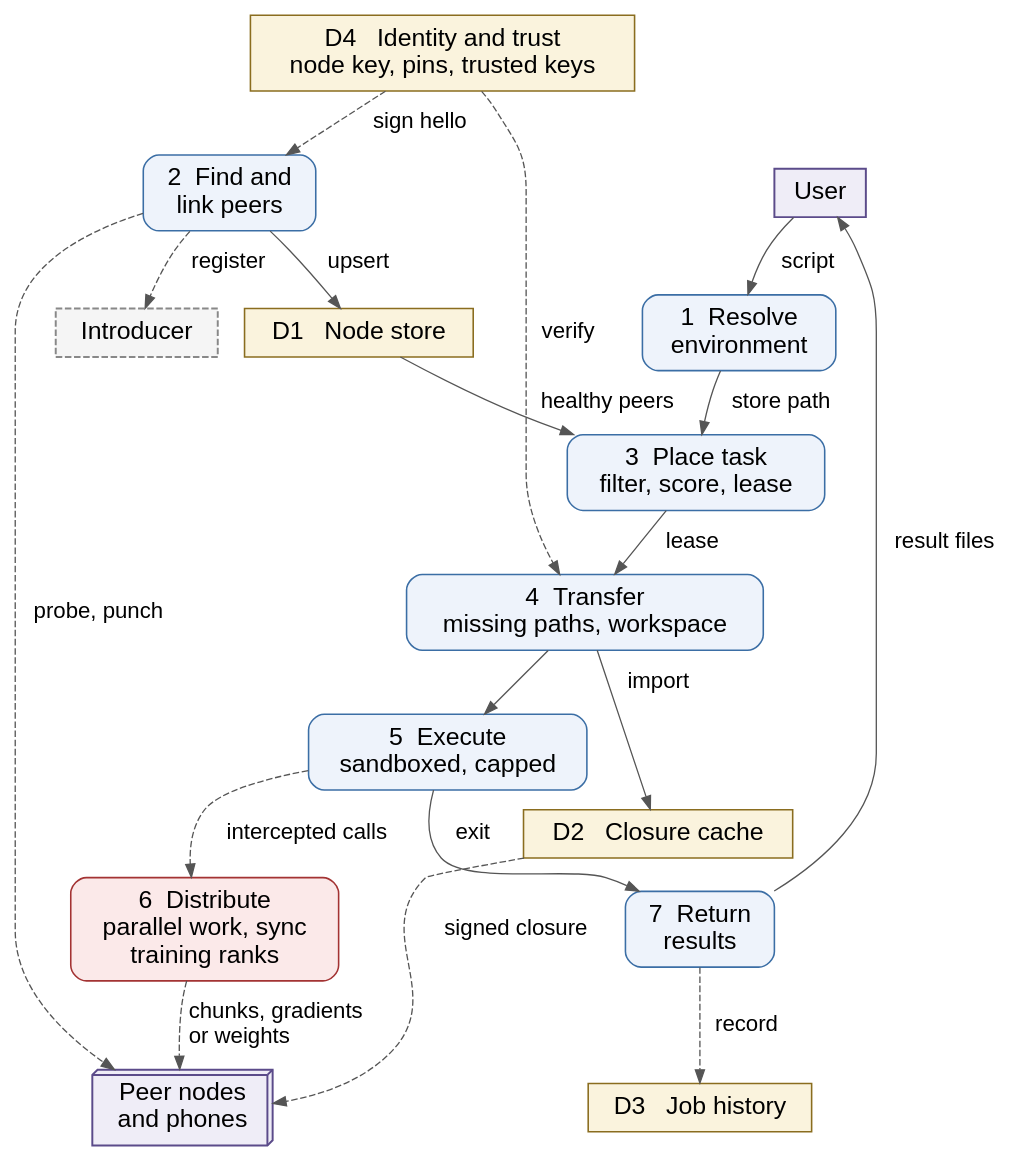
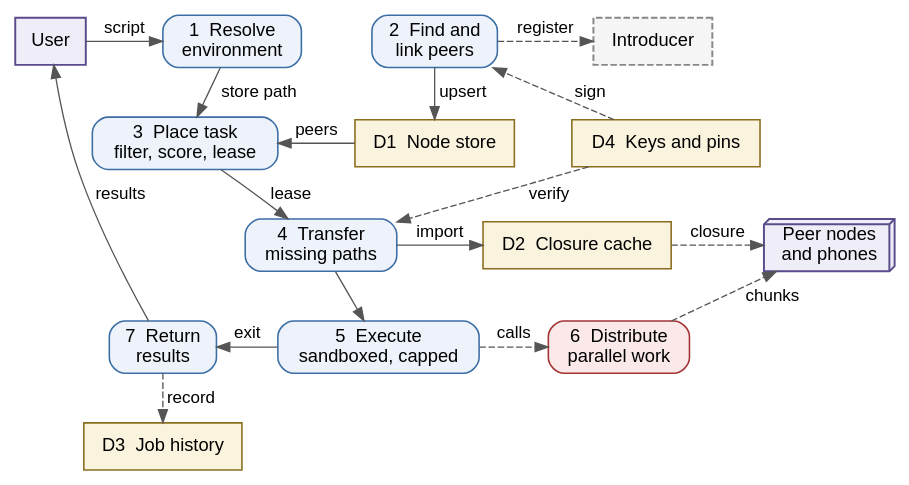
Before and after one commit to vinayakyadav2709/Pipedpeer: the diagram in docs/diagrams/src/fig_3.3_dfd_level1.dot, drawn with Graphviz. The commit also changed 49 other files, not shown here.

```diff
--- a/docs/diagrams/src/fig_3.3_dfd_level1.dot
+++ b/docs/diagrams/src/fig_3.3_dfd_level1.dot
@@ -1,49 +1,49 @@
-// Figure 3.3 - Level 1 DFD (decomposition of the daemon).
-// Process 6 is placed before 7 so the numbering matches the reading order, and
-// the peer-facing edges leave from the right so none has to double back.
+// Figure 3.3 - Level 1 DFD: seven processes over four data stores.
+// Laid out as a grid (newrank + rank=same rows) so the text prints at 8 pt or
+// more at text width.
 digraph DFD1 {
-  rankdir=TB; bgcolor="white"; nodesep=0.28; ranksep=0.42;
-  node [fontname="Helvetica", fontsize=19, shape=box, style="rounded,filled",
-        fillcolor="#eef3fb", color="#3b6ea5", penwidth=1.2, margin="0.18,0.11"];
-  edge [fontname="Helvetica", fontsize=17, color="#555555"];
+  rankdir=TB; newrank=true; bgcolor="white"; nodesep=0.30; ranksep=0.34;
+  node [fontname="Helvetica", fontsize=14, shape=box, style="rounded,filled",
+        fillcolor="#eef3fb", color="#3b6ea5", penwidth=1.2, margin="0.12,0.07"];
+  edge [fontname="Helvetica", fontsize=13, color="#555555"];
 
-  user  [label="User", shape=box, style=filled, fillcolor="#efedf7", color="#5b4b8a", penwidth=1.5];
+  user  [label="User", style=filled, fillcolor="#efedf7", color="#5b4b8a", penwidth=1.5];
   peers [label="Peer nodes\nand phones", shape=box3d, style=filled, fillcolor="#efedf7", color="#5b4b8a", penwidth=1.5];
-  intro [label="Introducer", shape=box, style="filled,dashed", fillcolor="#f5f5f5", color="#888888", penwidth=1.5];
+  intro [label="Introducer", style="filled,dashed", fillcolor="#f5f5f5", color="#888888", penwidth=1.5];
 
   p1 [label="1  Resolve\nenvironment"];
   p2 [label="2  Find and\nlink peers"];
   p3 [label="3  Place task\nfilter, score, lease"];
-  p4 [label="4  Transfer\nmissing paths, workspace"];
+  p4 [label="4  Transfer\nmissing paths"];
   p5 [label="5  Execute\nsandboxed, capped"];
-  p6 [label="6  Distribute\nparallel work, sync\ntraining ranks", fillcolor="#fbe9e9", color="#a33333"];
+  p6 [label="6  Distribute\nparallel work", fillcolor="#fbe9e9", color="#a33333"];
   p7 [label="7  Return\nresults"];
 
-  d1 [label="D1   Node store", shape=box, style=filled, fillcolor="#faf3dd", color="#8a6d1f"];
-  d2 [label="D2   Closure cache", shape=box, style=filled, fillcolor="#faf3dd", color="#8a6d1f"];
-  d3 [label="D3   Job history", shape=box, style=filled, fillcolor="#faf3dd", color="#8a6d1f"];
-  d4 [label="D4   Identity and trust\nnode key, pins, trusted keys", shape=box, style=filled, fillcolor="#faf3dd", color="#8a6d1f"];
+  node [shape=box, style=filled, fillcolor="#faf3dd", color="#8a6d1f"];
+  d1 [label="D1  Node store"];
+  d2 [label="D2  Closure cache"];
+  d3 [label="D3  Job history"];
+  d4 [label="D4  Keys and pins"];
 
-  user -> p1 [label="  script  "];
-  p1 -> p3 [label="  store path  "];
-  p2 -> d1 [label="  upsert  "];
-  d4 -> p2 [label="  sign hello  ", style=dashed];
-  d1 -> p3 [label="  healthy peers  "];
-  p3 -> p4 [label="  lease  "];
-  p4 -> d2 [label="  import  "];
-  d4 -> p4 [label="  verify  ", style=dashed];
+  { rank=same; user -> p1 -> p2 -> intro [style=invis]; }
+  { rank=same; p3 -> d1 -> d4 [style=invis]; }
+  { rank=same; p4 -> d2 -> peers [style=invis]; }
+  { rank=same; p7 -> p5 -> p6 [style=invis]; }
+
+  user -> p1 [label="script"];
+  p1 -> p3 [label="store path"];
+  p2 -> d1 [label="upsert"];
+  p2 -> intro [label="register", style=dashed];
+  d4 -> p2 [label="sign", style=dashed];
+  d1 -> p3 [label="peers"];
+  p3 -> p4 [label="lease"];
+  p4 -> d2 [label="import"];
+  d4 -> p4 [label="verify", style=dashed];
   p4 -> p5;
-  p5 -> p6 [label="  intercepted calls  ", style=dashed];
-  p6 -> p7 [style=invis];
-  p5 -> p7 [label="  exit  "];
-  p7 -> user [label="  result files  "];
-  p7 -> d3 [label="  record  ", style=dashed];
-
-  // Everything that talks to a peer leaves from the right-hand column.
-  p2 -> intro [label="  register  ", style=dashed];
-  p2 -> peers [label="  probe, punch  ", style=dashed];
-  d2 -> peers [label="  signed closure  ", style=dashed];
-  p6 -> peers [label="  chunks, gradients\l  or weights\l", style=dashed];
-
-  { rank=same; p6; p7; }
+  p5 -> p6 [label="calls", style=dashed];
+  p7 -> p5 [label="exit", dir=back];
+  p7 -> user [label="results", constraint=false];
+  p7 -> d3 [label="record", style=dashed];
+  d2 -> peers [label="closure", style=dashed];
+  p6 -> peers [label="chunks", style=dashed];
 }
```
